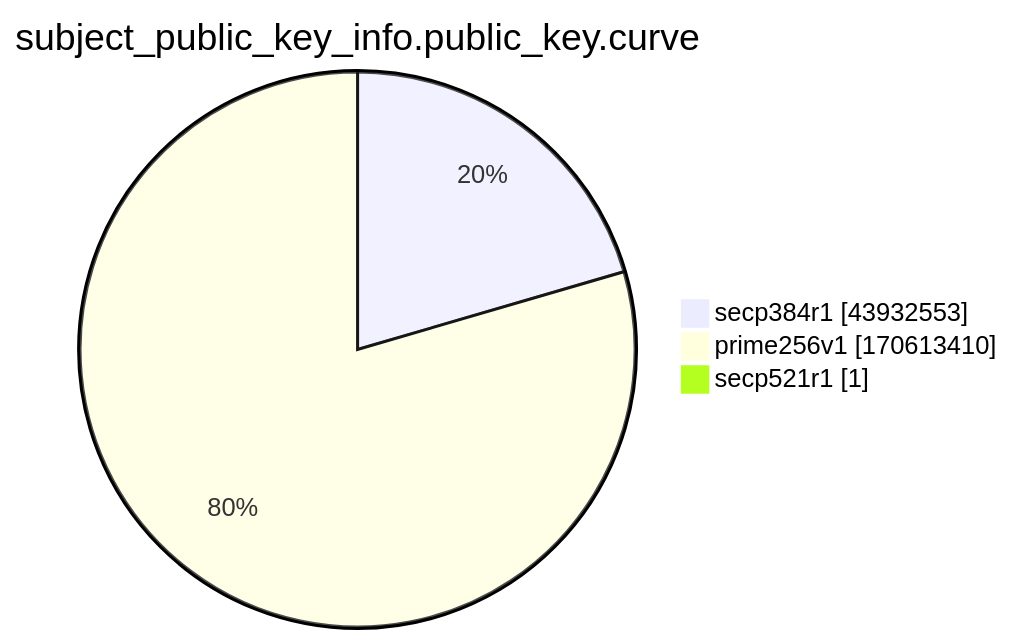
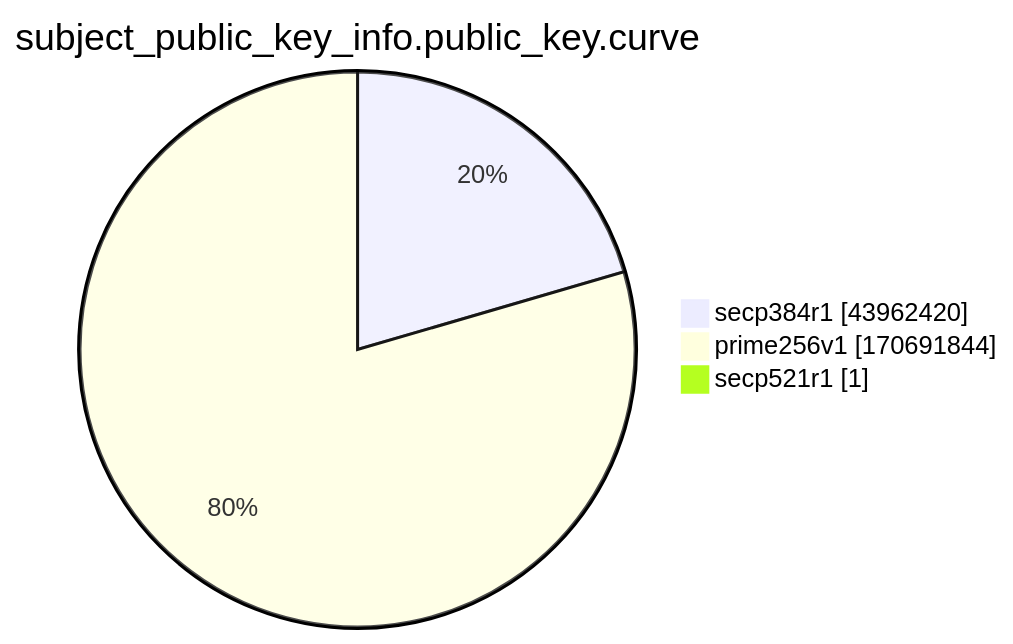
The ninth of 15 diagrams in xenon2022/README.md (christiankrug/ctmonitor_visualization), drawn with Mermaid before and after one commit. The commit also changed other lines of this file, not shown here.

````diff
--- a/xenon2022/README.md
+++ b/xenon2022/README.md
@@ -2871,7 +2871,7 @@
 ```mermaid
 pie showData
 title subject_public_key_info.public_key.curve
-"secp384r1" :43932553
-"prime256v1" :170613410
+"secp384r1" :43962420
+"prime256v1" :170691844
 "secp521r1" :1
 ```
````
